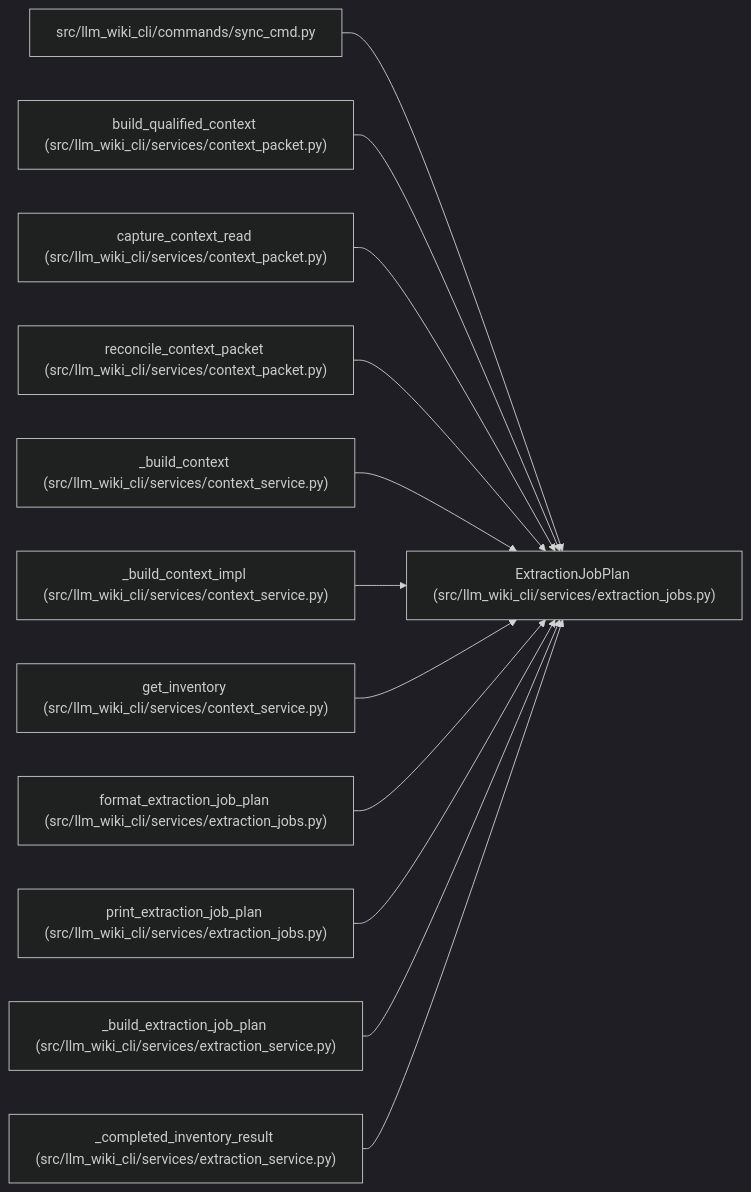
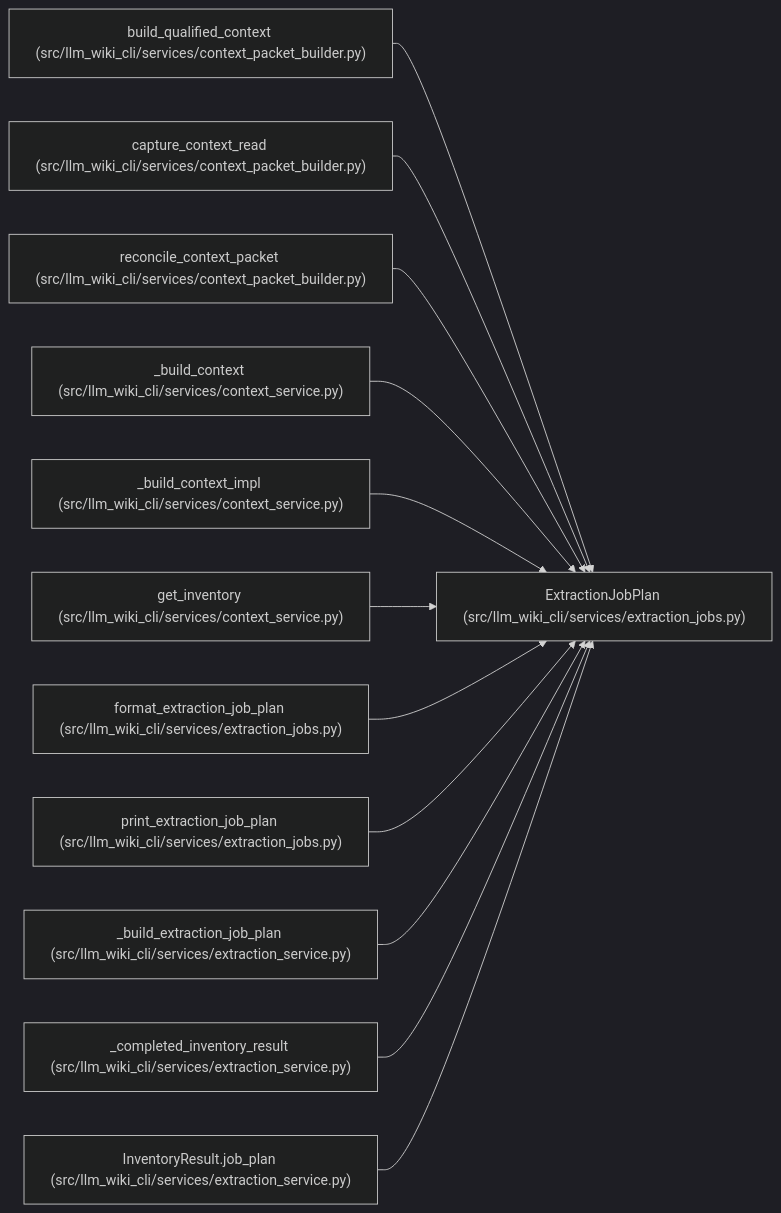
The diagram in docs/llm_wiki/entities/ExtractionJobPlan.md (Denissvgn/python-wiki-llm), drawn with Mermaid (dark theme) before and after one commit. The commit also changed other lines of this file and 1555 other files, not shown here.

````diff
--- a/docs/llm_wiki/entities/ExtractionJobPlan.md
+++ b/docs/llm_wiki/entities/ExtractionJobPlan.md
@@ -35,38 +35,38 @@
 ```mermaid
 flowchart LR
     n0["ExtractionJobPlan (src/llm_wiki_cli/services/extraction_jobs.py)"]
-    n1["src/llm_wiki_cli/commands/sync_cmd.py"]
-    n2["build_qualified_context (src/llm_wiki_cli/services/context_packet.py)"]
-    n3["capture_context_read (src/llm_wiki_cli/services/context_packet.py)"]
-    n4["reconcile_context_packet (src/llm_wiki_cli/services/context_packet.py)"]
-    n5["_build_context (src/llm_wiki_cli/services/context_service.py)"]
-    n6["_build_context_impl (src/llm_wiki_cli/services/context_service.py)"]
-    n7["get_inventory (src/llm_wiki_cli/services/context_service.py)"]
-    n8["format_extraction_job_plan (src/llm_wiki_cli/services/extraction_jobs.py)"]
-    n9["print_extraction_job_plan (src/llm_wiki_cli/services/extraction_jobs.py)"]
-    n10["_build_extraction_job_plan (src/llm_wiki_cli/services/extraction_service.py)"]
-    n11["_completed_inventory_result (src/llm_wiki_cli/services/extraction_service.py)"]
+    n1["build_qualified_context (src/llm_wiki_cli/services/context_packet_builder.py)"]
+    n2["capture_context_read (src/llm_wiki_cli/services/context_packet_builder.py)"]
+    n3["reconcile_context_packet (src/llm_wiki_cli/services/context_packet_builder.py)"]
+    n4["_build_context (src/llm_wiki_cli/services/context_service.py)"]
+    n5["_build_context_impl (src/llm_wiki_cli/services/context_service.py)"]
+    n6["get_inventory (src/llm_wiki_cli/services/context_service.py)"]
+    n7["format_extraction_job_plan (src/llm_wiki_cli/services/extraction_jobs.py)"]
+    n8["print_extraction_job_plan (src/llm_wiki_cli/services/extraction_jobs.py)"]
+    n9["_build_extraction_job_plan (src/llm_wiki_cli/services/extraction_service.py)"]
+    n10["_completed_inventory_result (src/llm_wiki_cli/services/extraction_service.py)"]
+    n11["InventoryResult.job_plan (src/llm_wiki_cli/services/extraction_service.py)"]
     n1 --> n0
     n2 --> n0
     n3 --> n0
     n4 --> n0
     n5 --> n0
     n6 --> n0
     n7 --> n0
     n8 --> n0
     n9 --> n0
     n10 --> n0
     n11 --> n0
     click n0 "../modules/extraction_jobs.md"
-    click n1 "../modules/sync_cmd.md"
-    click n2 "../modules/context_packet.md"
-    click n3 "../modules/context_packet.md"
-    click n4 "../modules/context_packet.md"
+    click n1 "../modules/context_packet_builder.md"
+    click n2 "../modules/context_packet_builder.md"
+    click n3 "../modules/context_packet_builder.md"
+    click n4 "../modules/context_service.md"
     click n5 "../modules/context_service.md"
     click n6 "../modules/context_service.md"
-    click n7 "../modules/context_service.md"
+    click n7 "../modules/extraction_jobs.md"
     click n8 "../modules/extraction_jobs.md"
-    click n9 "../modules/extraction_jobs.md"
+    click n9 "../modules/extraction_service.md"
     click n10 "../modules/extraction_service.md"
     click n11 "../modules/extraction_service.md"
 ```
````
